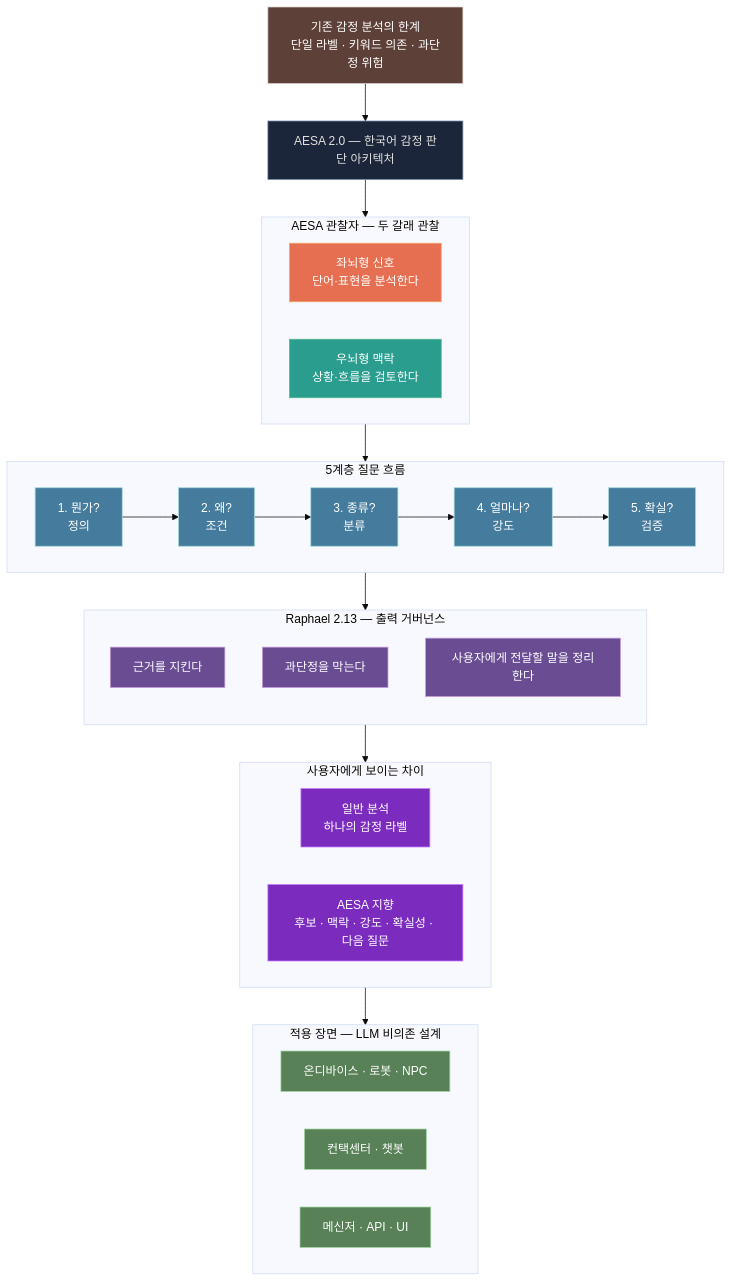
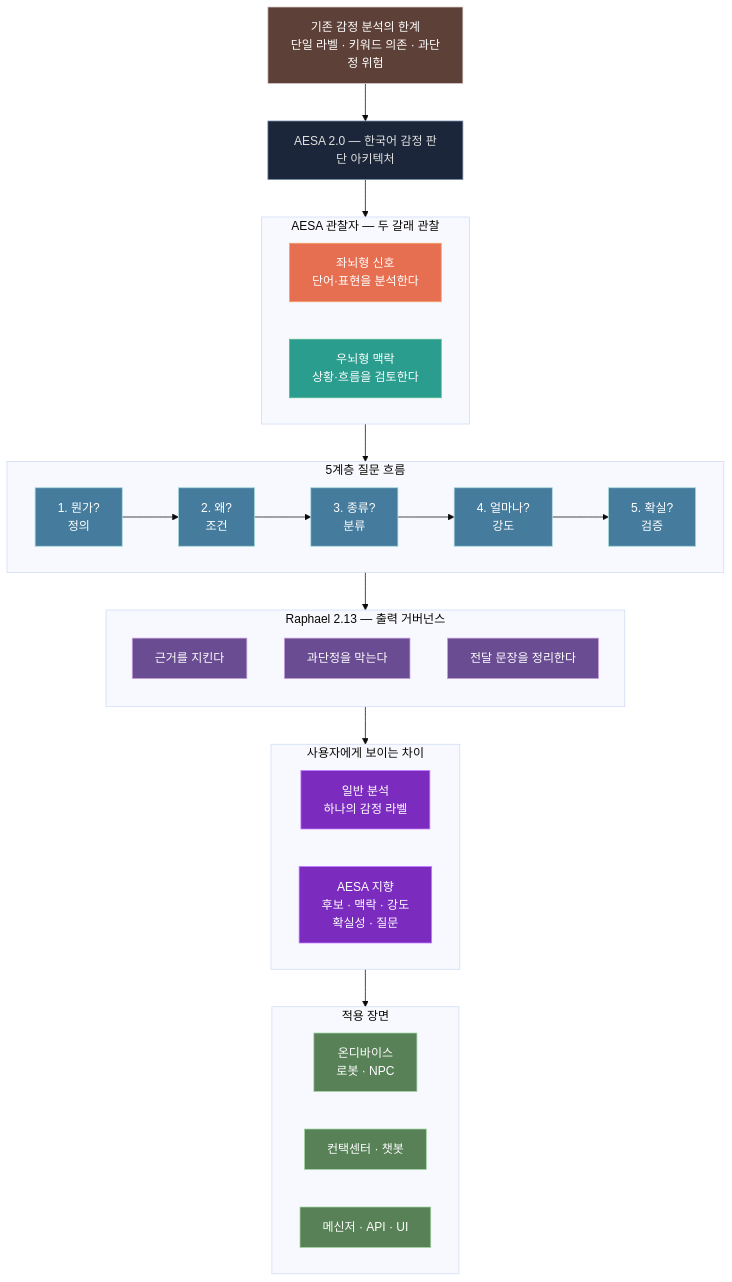
Before and after one commit to madecompass/AESA: the diagram in README.md, drawn with Mermaid (base theme).

````diff
--- a/README.md
+++ b/README.md
@@ -203,66 +203,66 @@
 ```mermaid
 flowchart TB
     problemNode["기존 감정 분석의 한계<br/>단일 라벨 · 키워드 의존 · 과단정 위험"]
     topNode["AESA 2.0 — 한국어 감정 판단 아키텍처"]
 
     subgraph observer["AESA 관찰자 — 두 갈래 관찰"]
         direction LR
         leftBrain["좌뇌형 신호<br/>단어·표현을 분석한다"]
         rightBrain["우뇌형 맥락<br/>상황·흐름을 검토한다"]
     end
 
     subgraph schema["5계층 질문 흐름"]
         direction LR
         l1["1. 뭔가?<br/>정의"]
         l2["2. 왜?<br/>조건"]
         l3["3. 종류?<br/>분류"]
         l4["4. 얼마나?<br/>강도"]
         l5["5. 확실?<br/>검증"]
         l1 --> l2 --> l3 --> l4 --> l5
     end
 
     subgraph raphael["Raphael 2.13 — 출력 거버넌스"]
         direction TB
         r1["근거를 지킨다"]
         r2["과단정을 막는다"]
-        r3["사용자에게 전달할 말을 정리한다"]
+        r3["전달 문장을 정리한다"]
     end
 
     subgraph value["사용자에게 보이는 차이"]
         direction LR
         v1["일반 분석<br/>하나의 감정 라벨"]
-        v2["AESA 지향<br/>후보 · 맥락 · 강도 · 확실성 · 다음 질문"]
+        v2["AESA 지향<br/>후보 · 맥락 · 강도<br/>확실성 · 질문"]
     end
 
-    subgraph deploy["적용 장면 — LLM 비의존 설계"]
+    subgraph deploy["적용 장면"]
         direction LR
-        d1["온디바이스 · 로봇 · NPC"]
+        d1["온디바이스<br/>로봇 · NPC"]
         d2["컨택센터 · 챗봇"]
         d3["메신저 · API · UI"]
     end
 
     problemNode --> topNode
     topNode --> observer
     observer --> schema
     schema --> raphael
     raphael --> value
     value --> deploy
 
     classDef problemClass fill:#5D4037,stroke:#D7CCC8,color:#FFFFFF
     classDef topClass fill:#1B263B,stroke:#778DA9,color:#E0E1DD
     classDef leftClass fill:#E76F51,stroke:#F4A261,color:#FFFFFF
     classDef rightClass fill:#2A9D8F,stroke:#52B788,color:#FFFFFF
     classDef schemaClass fill:#457B9D,stroke:#A8DADC,color:#FFFFFF
     classDef raphaelClass fill:#6A4C93,stroke:#C9A0DC,color:#FFFFFF
     classDef valueClass fill:#7B2CBF,stroke:#C77DFF,color:#FFFFFF
     classDef deployClass fill:#588157,stroke:#A5D6A7,color:#FFFFFF
 
     class problemNode problemClass
     class topNode topClass
     class leftBrain leftClass
     class rightBrain rightClass
     class l1,l2,l3,l4,l5 schemaClass
     class r1,r2,r3 raphaelClass
     class v1,v2 valueClass
     class d1,d2,d3 deployClass
 ```
````
